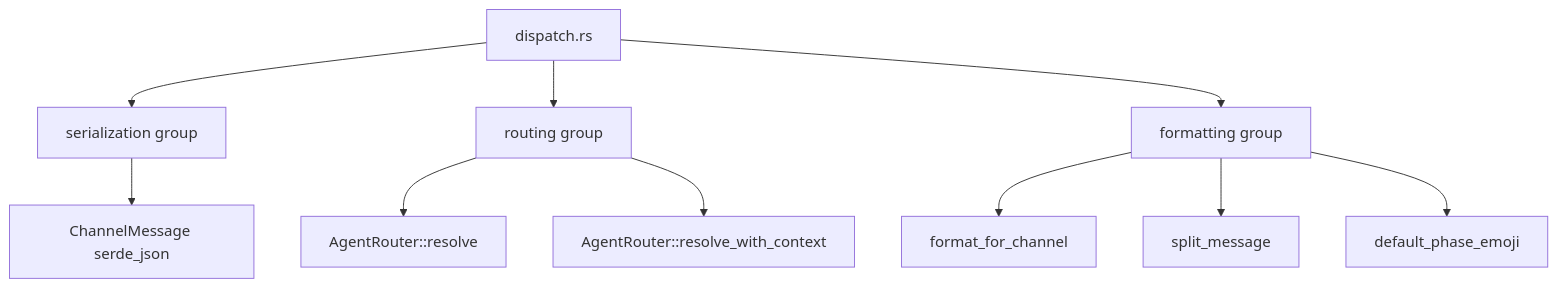
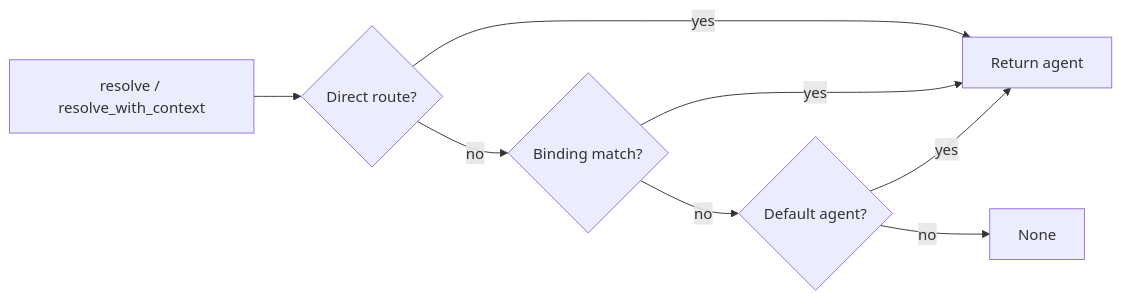
One commit to leszek3737/librefang-WIki changed the diagram in other-librefang-channels-benches.md. Above: the diagram before and after it, drawn with Mermaid. The commit also changed other lines of this file and 99 other files, not shown here.

````diff
--- a/other-librefang-channels-benches.md
+++ b/other-librefang-channels-benches.md
@@ -36,13 +36,10 @@
 ```mermaid
-graph TD
-    A[dispatch.rs] --> B[serialization group]
-    A --> C[routing group]
-    A --> D[formatting group]
-
-    B --> B1[ChannelMessage serde_json]
-    C --> C1[AgentRouter::resolve]
-    C --> C2[AgentRouter::resolve_with_context]
-    D --> D1[format_for_channel]
-    D --> D2[split_message]
-    D --> D3[default_phase_emoji]
+flowchart LR
+    A[resolve / resolve_with_context] --> B{Direct route?}
+    B -- yes --> Z[Return agent]
+    B -- no --> C{Binding match?}
+    C -- yes --> Z
+    C -- no --> D{Default agent?}
+    D -- yes --> Z
+    D -- no --> E[None]
 ```
````
